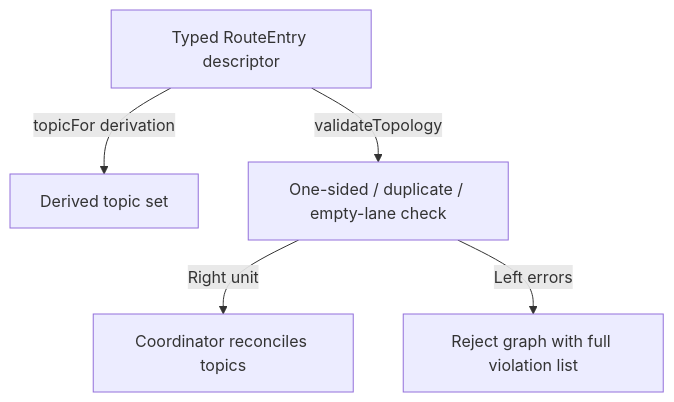
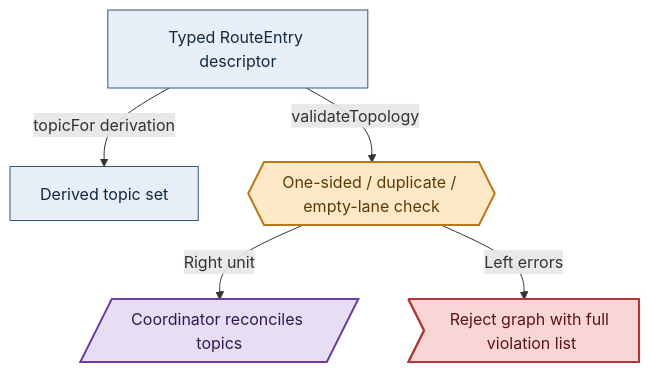
Before and after one commit to Tuee22/amoebius: the third of 4 diagrams in documents/engineering/pulsar_client_doctrine.md, drawn with Mermaid. The commit also changed other lines of this file and 36 other files, not shown here.

````diff
--- a/documents/engineering/pulsar_client_doctrine.md
+++ b/documents/engineering/pulsar_client_doctrine.md
@@ -333,7 +341,11 @@
 ```mermaid
 flowchart TD
-  descriptor[Typed RouteEntry descriptor] -->|topicFor derivation| topics[Derived topic set]
-  descriptor -->|validateTopology| check[One-sided / duplicate / empty-lane check]
-  check -->|Right unit| reconcile[Coordinator reconciles topics]
-  check -->|Left errors| reject[Reject graph with full violation list]
+  descriptor["Typed RouteEntry descriptor"]:::intent -->|topicFor derivation| topics["Derived topic set"]:::intent
+  descriptor -->|validateTopology| check{{"One-sided / duplicate / empty-lane check"}}:::gate
+  check -->|Right unit| reconcile[/"Coordinator reconciles topics"/]:::effect
+  check -->|Left errors| reject>"Reject graph with full violation list"]:::refuse
+  classDef intent   fill:#e8eef7,stroke:#33587a,color:#12283f,stroke-width:1px
+  classDef gate     fill:#fde9c8,stroke:#b8791b,color:#5c3a06,stroke-width:2px
+  classDef effect   fill:#e7ddf5,stroke:#6b3fa0,color:#2f1a52,stroke-width:2px
+  classDef refuse   fill:#f8d6d6,stroke:#b23636,color:#5c1414,stroke-width:2px
 ```
````
